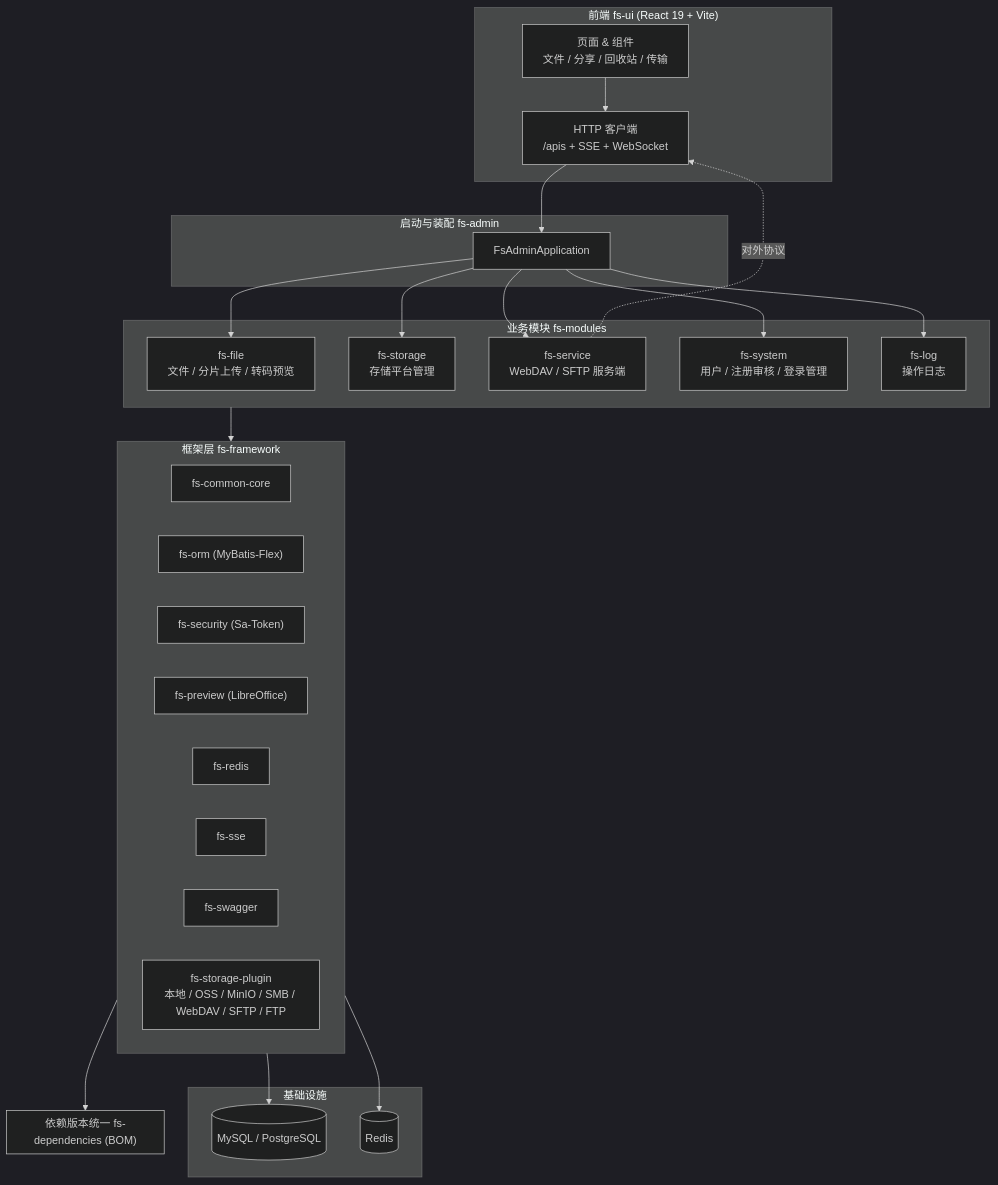
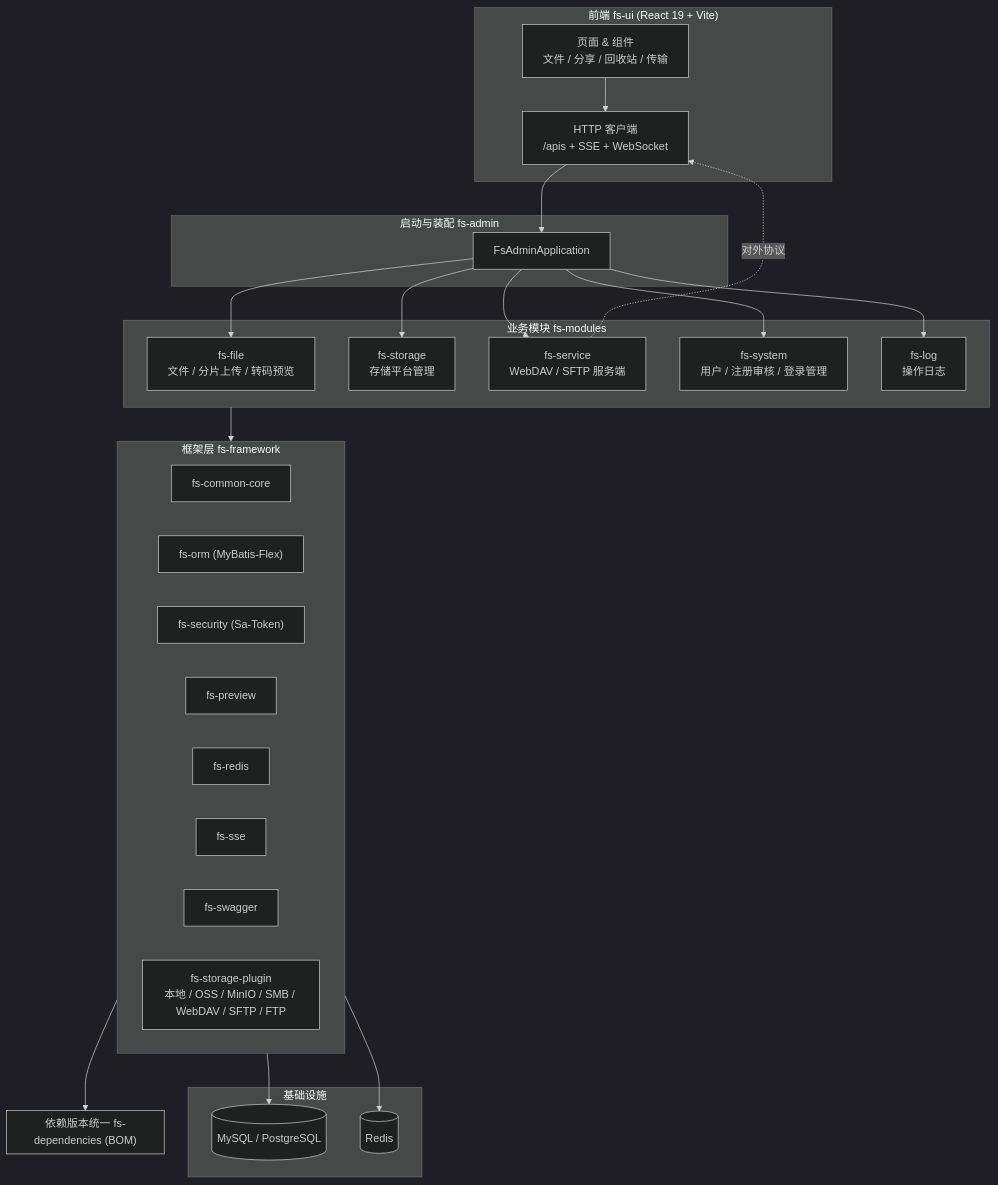
Before and after one commit to guangheUlti/gfs: the diagram in README.md, drawn with Mermaid (dark theme). The commit also changed other lines of this file and 125 other files, not shown here.

````diff
--- a/README.md
+++ b/README.md
@@ -223,46 +223,46 @@
 ```mermaid
 flowchart TB
     subgraph UI["前端 fs-ui (React 19 + Vite)"]
         UI_PAGES["页面 & 组件<br/>文件 / 分享 / 回收站 / 传输"]
         UI_HTTP["HTTP 客户端<br/>/apis + SSE + WebSocket"]
     end
 
     subgraph ADMIN["启动与装配 fs-admin"]
         ADMIN_APP["FsAdminApplication"]
     end
 
     subgraph MODULES["业务模块 fs-modules"]
         FILE["fs-file<br/>文件 / 分片上传 / 转码预览"]
         STORAGE["fs-storage<br/>存储平台管理"]
         SERVICE["fs-service<br/>WebDAV / SFTP 服务端"]
         SYSTEM["fs-system<br/>用户 / 注册审核 / 登录管理"]
         LOG["fs-log<br/>操作日志"]
     end
 
     subgraph FRAMEWORK["框架层 fs-framework"]
         CORE["fs-common-core"]
         ORM["fs-orm (MyBatis-Flex)"]
         SECURITY["fs-security (Sa-Token)"]
-        PREVIEW["fs-preview (LibreOffice)"]
+        PREVIEW["fs-preview"]
         REDIS["fs-redis"]
         SSE["fs-sse"]
         SWAGGER["fs-swagger"]
         SPLUGIN["fs-storage-plugin<br/>本地 / OSS / MinIO / SMB / WebDAV / SFTP / FTP"]
     end
 
     subgraph INFRA["基础设施"]
         MYSQL[("MySQL / PostgreSQL")]
         REDIS_DB[("Redis")]
     end
 
     subgraph BOM["依赖版本统一 fs-dependencies (BOM)"]
     end
 
     UI_HTTP --> ADMIN_APP
     UI_PAGES --> UI_HTTP
 
     ADMIN_APP --> FILE & STORAGE & SERVICE & SYSTEM & LOG
     MODULES --> FRAMEWORK
     FRAMEWORK --> BOM & REDIS_DB & MYSQL
     SERVICE -. "对外协议" .-> UI_HTTP
 ```
````
